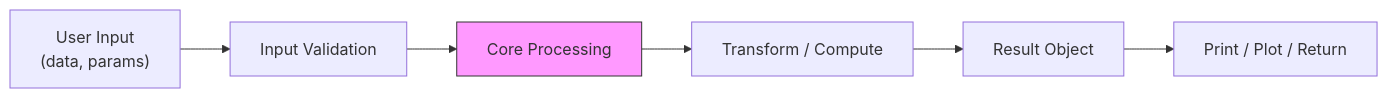
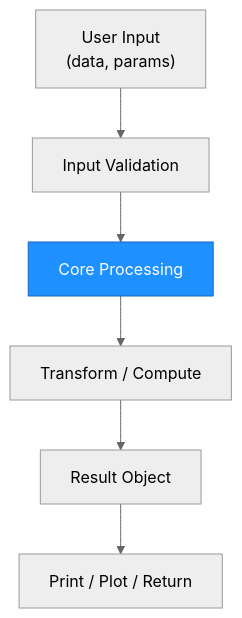
Before and after one commit to statsclaw/statsclaw: the third of 3 diagrams in templates/architecture.md, drawn with Mermaid. The commit also changed other lines of this file and 1 other file, not shown here.

First line of the commit message:
fix: improve architecture diagram styling for readability and dark mode

````diff
--- a/templates/architecture.md
+++ b/templates/architecture.md
@@ -80,10 +82,11 @@
 ```mermaid
-graph LR
+%%{init: {'theme': 'neutral'}}%%
+graph TD
     Input["User Input\n(data, params)"] --> Validate["Input Validation"]
     Validate --> Process["Core Processing"]
     Process --> Transform["Transform / Compute"]
     Transform --> Output["Result Object"]
     Output --> Display["Print / Plot / Return"]
 
-    style Process fill:#f9f,stroke:#333
+    style Process fill:#1e90ff,stroke:#1565c0,color:#fff
 ```
````
